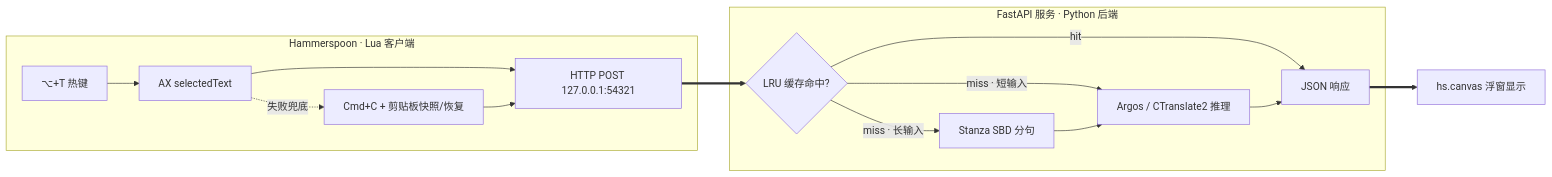
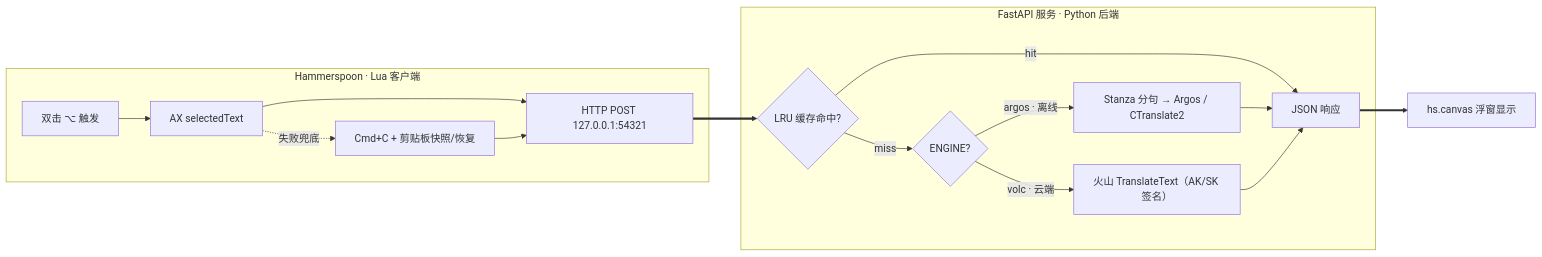
Before and after one commit to Eim-aa/argos-translator: the diagram in README.md, drawn with Mermaid. The commit also changed other lines of this file and 1 other file, not shown here.

````diff
--- a/README.md
+++ b/README.md
@@ -58,20 +88,20 @@
 ```mermaid
 flowchart LR
     subgraph HS["Hammerspoon · Lua 客户端"]
-        H1["⌥+T 热键"] --> H2["AX selectedText"]
+        H1["双击 ⌥ 触发"] --> H2["AX selectedText"]
         H2 -.失败兜底.-> H3["Cmd+C + 剪贴板快照/恢复"]
         H2 & H3 --> H4["HTTP POST 127.0.0.1:54321"]
     end
 
     H4 ==> S1
 
     subgraph BE["FastAPI 服务 · Python 后端"]
         S1{"LRU 缓存命中?"} -->|hit| S5
-        S1 -->|miss · 短输入| S3["Argos / CTranslate2 推理"]
-        S1 -->|miss · 长输入| S2["Stanza SBD 分句"]
-        S2 --> S3
-        S3 --> S5["JSON 响应"]
+        S1 -->|miss| S2{"ENGINE?"}
+        S2 -->|argos · 离线| S3["Stanza 分句 → Argos / CTranslate2"]
+        S2 -->|volc · 云端| S4["火山 TranslateText（AK/SK 签名）"]
+        S3 & S4 --> S5["JSON 响应"]
     end
 
     S5 ==> H5["hs.canvas 浮窗显示"]
 ```
````
